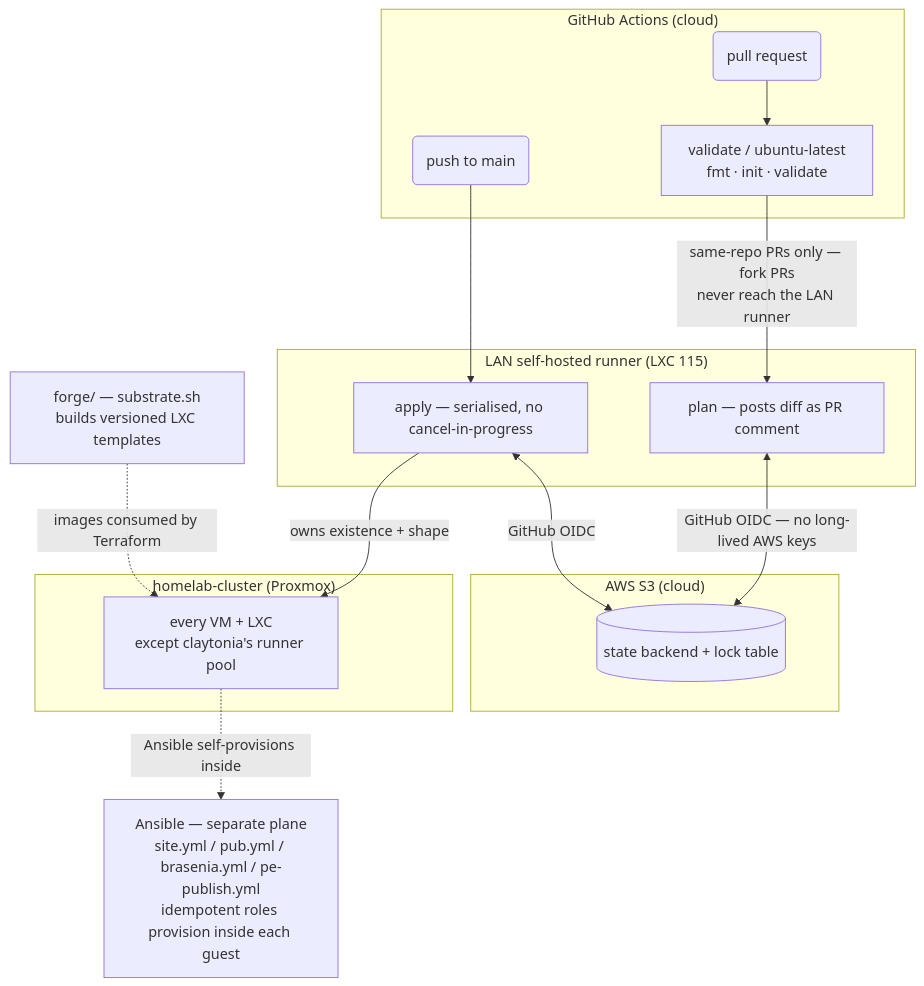
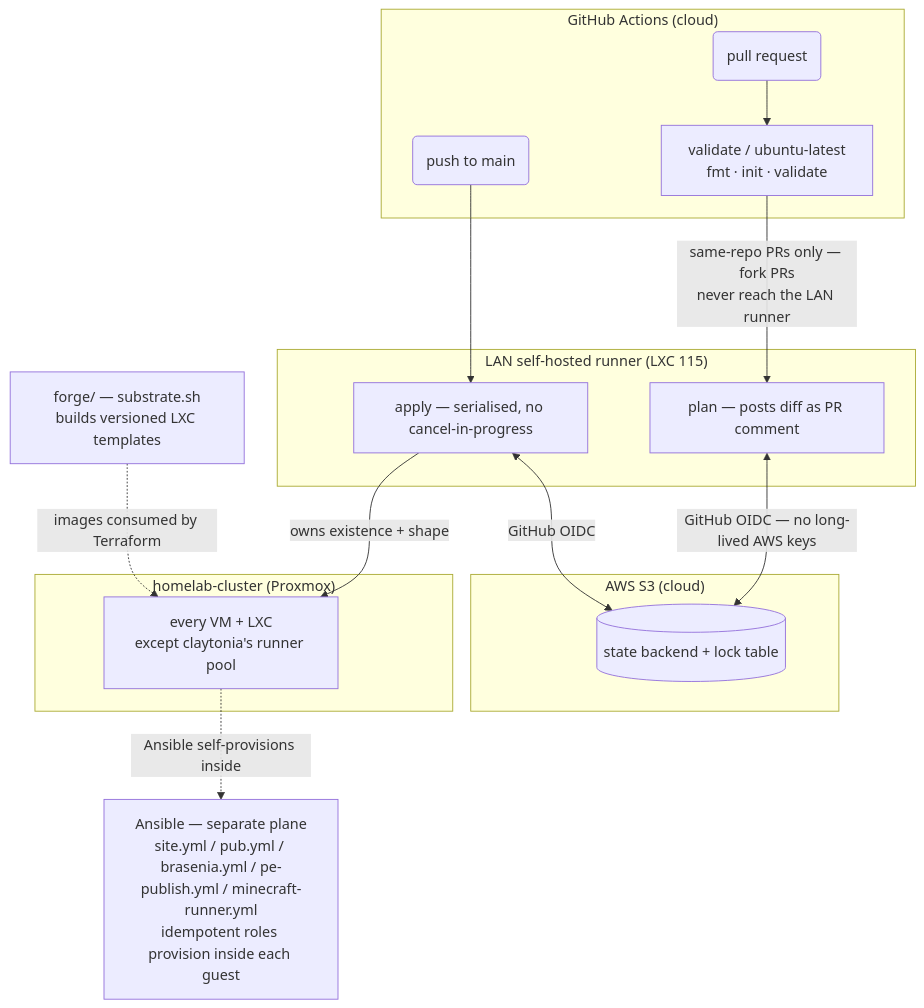
Before and after one commit to lentago/kalmia: the diagram in README.md, drawn with Mermaid. The commit also changed other lines of this file and 8 other files, not shown here.

First line of the commit message:
LXC 124 minecraft-runner: self-hosted Actions runner for cpitzi/minecraft-builds (#294)

````diff
--- a/README.md
+++ b/README.md
@@ -25,33 +25,33 @@
 ```mermaid
 graph TB
     subgraph github ["GitHub Actions (cloud)"]
         PR("pull request")
         PUSH("push to main")
         VALIDATE["validate / ubuntu-latest\nfmt · init · validate"]
     end
 
     subgraph aws ["AWS S3 (cloud)"]
         STATE[("state backend + lock table")]
     end
 
     subgraph runner ["LAN self-hosted runner (LXC 115)"]
         PLAN["plan — posts diff as PR comment"]
         APPLY["apply — serialised, no cancel-in-progress"]
     end
 
     subgraph pve ["homelab-cluster (Proxmox)"]
         GUESTS["every VM + LXC\nexcept claytonia's runner pool"]
     end
 
     FORGE["forge/ — substrate.sh\nbuilds versioned LXC templates"]
-    ANSIBLE["Ansible — separate plane\nsite.yml / pub.yml / brasenia.yml / pe-publish.yml\nidempotent roles provision inside each guest"]
+    ANSIBLE["Ansible — separate plane\nsite.yml / pub.yml / brasenia.yml / pe-publish.yml / minecraft-runner.yml\nidempotent roles provision inside each guest"]
 
     PR --> VALIDATE
     VALIDATE -->|"same-repo PRs only — fork PRs\nnever reach the LAN runner"| PLAN
     PUSH --> APPLY
     PLAN <-->|"GitHub OIDC — no long-lived AWS keys"| STATE
     APPLY <-->|"GitHub OIDC"| STATE
     APPLY -->|"owns existence + shape"| GUESTS
     FORGE -.->|"images consumed by Terraform"| GUESTS
     GUESTS -.->|"Ansible self-provisions inside"| ANSIBLE
 ```
````
